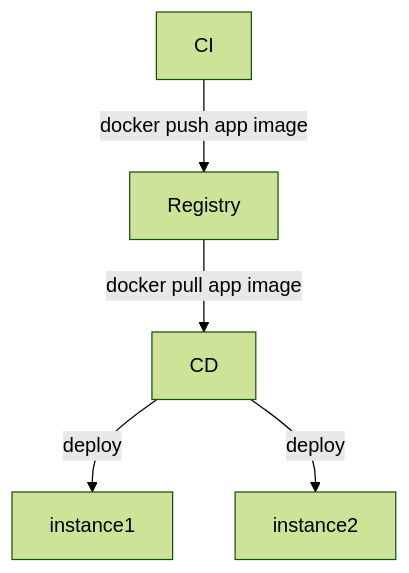
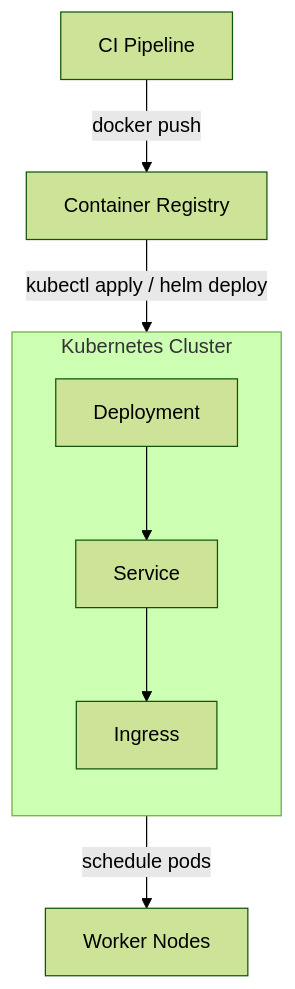
Before and after one commit to area9innovation/atest: the second of 3 diagrams in readme.md, drawn with Mermaid (forest theme). The commit also changed other lines of this file, not shown here.

Commit message:
change task to be a cluster oriented

````diff
--- a/readme.md
+++ b/readme.md
@@ -32,7 +44,15 @@
 ```mermaid
 flowchart TD
-  Registry --> |docker pull app image| CD;
-  CI --> |docker push app image| Registry;
-  CD --> |deploy| ec1[instance1] & ec2[instance2]
-  
+	Registry[Container Registry] --> |kubectl apply / helm deploy| K8s[Kubernetes Cluster]
+	CI[CI Pipeline] --> |docker push| Registry
+	K8s --> |schedule pods| Nodes[Worker Nodes]
+
+	subgraph K8s[Kubernetes Cluster]
+		direction TB
+		Deploy[Deployment]
+		SVC[Service]
+		ING[Ingress]
+		Deploy --> SVC
+		SVC --> ING
+	end
 ```
````
